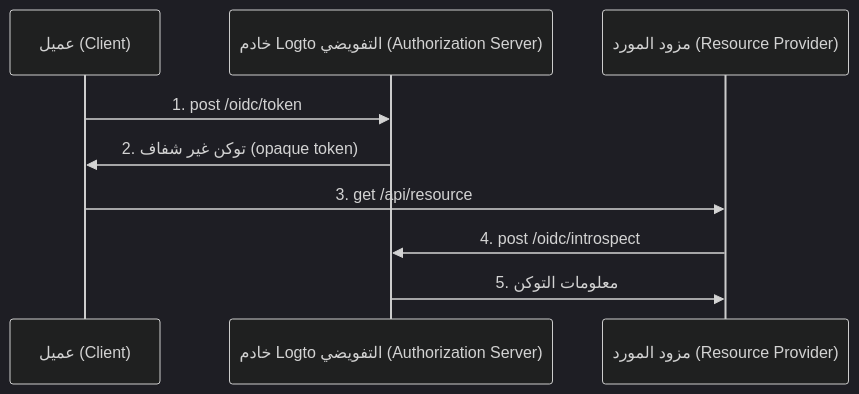
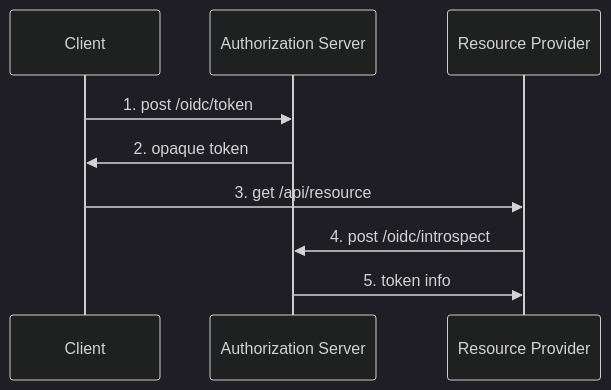
One commit to logto-io/auth-wiki changed the first of 2 diagrams in src/content/terms/ar/opaque-token.mdx. Above: the diagram before and after it, drawn with Mermaid (dark theme). The commit also changed other lines of this file and 98 other files, not shown here.

````diff
--- a/src/content/terms/ar/opaque-token.mdx
+++ b/src/content/terms/ar/opaque-token.mdx
@@ -49,13 +49,13 @@
 ```mermaid
 sequenceDiagram
-    participant C as عميل (Client)
-    participant AS as خادم Logto التفويضي (Authorization Server)
-    participant RP as مزود المورد (Resource Provider)
+    participant C as Client
+    participant AS as Authorization Server
+    participant RP as Resource Provider
 
     C ->> AS: 1. post /oidc/token
-    AS ->> C: 2. توكن غير شفاف (opaque token)
+    AS ->> C: 2. opaque token
     C ->> RP: 3. get /api/resource
     RP ->> AS: 4. post /oidc/introspect
-    AS ->> RP: 5. معلومات التوكن
+    AS ->> RP: 5. token info
 
 ```
````
